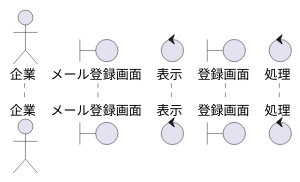
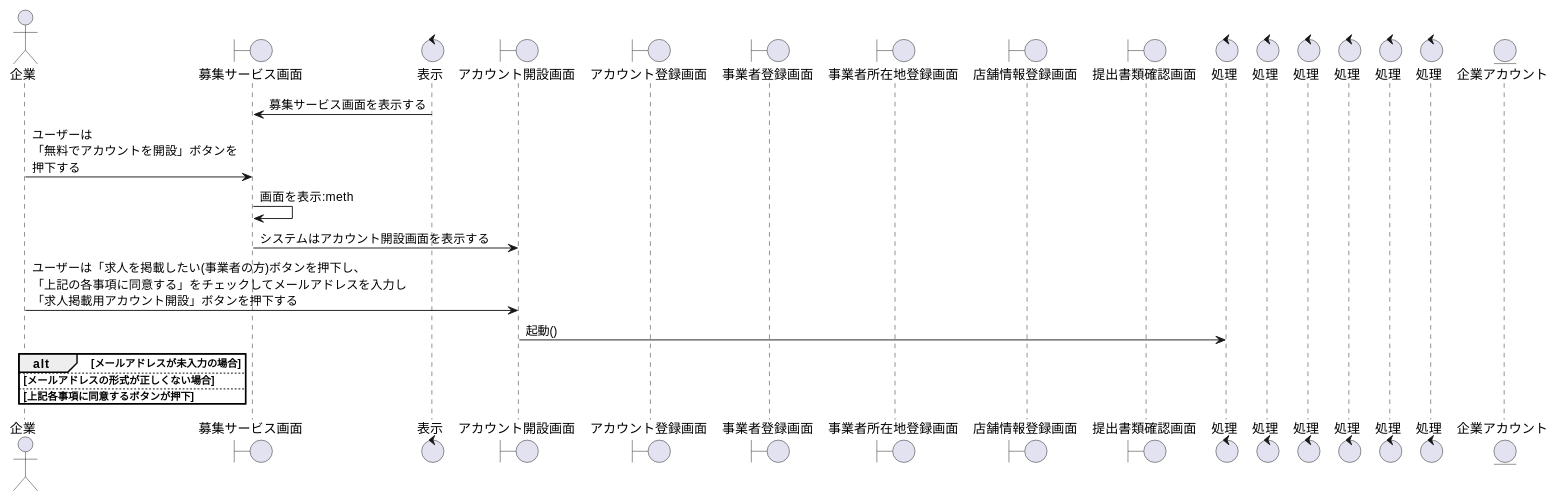
One commit to irukacb256/high_Me changed the diagram in sequence_fig/1_login_fn/3_企業のアカウントを作成する.pu. Above: the diagram before and after it, drawn with PlantUML. The commit also changed 2 other files, not shown here.

```diff
--- a/sequence_fig/1_login_fn/3_企業のアカウントを作成する.pu
+++ b/sequence_fig/1_login_fn/3_企業のアカウントを作成する.pu
@@ -1,21 +1,47 @@
 @startuml 企業のアカウントを作成する
 
 ' 1
 actor 企業 as cp1
 
-boundary メール登録画面 as acv1
+boundary 募集サービス画面 as rsv1
 control 表示 as co1
 
-boundary 登録画面 as mrv1
-
+boundary アカウント開設画面 as acv1
+boundary アカウント登録画面 as arv1 
+boundary 事業者登録画面 as mrv1
+boundary 事業者所在地登録画面 as mlv1
+boundary 店舗情報登録画面 as bov1
+boundary 提出書類確認画面 as dcv1
 
 control 処理 as co2
+control 処理 as co3
+control 処理 as co4
+control 処理 as co5
+control 処理 as co6
+control 処理 as co7
 
+entity 企業アカウント as ac2
+
+' 2
+co1 -> rsv1 : 募集サービス画面を表示する
+cp1 -> rsv1 : ユーザーは\n「無料でアカウントを開設」ボタンを\n押下する
+rsv1 -> rsv1 : 画面を表示:meth
+rsv1 -> acv1 : システムはアカウント開設画面を表示する
+cp1 -> acv1 : ユーザーは「求人を掲載したい(事業者の方)ボタンを押下し、\n「上記の各事項に同意する」をチェックしてメールアドレスを入力し\n「求人掲載用アカウント開設」ボタンを押下する
+acv1 -> co2 : 起動()
+
+alt メールアドレスが未入力の場合
+
+else メールアドレスの形式が正しくない場合
+
+else 上記各事項に同意するボタンが押下
+
+end
 
 
 
 
 
 
 
 @enduml
```
